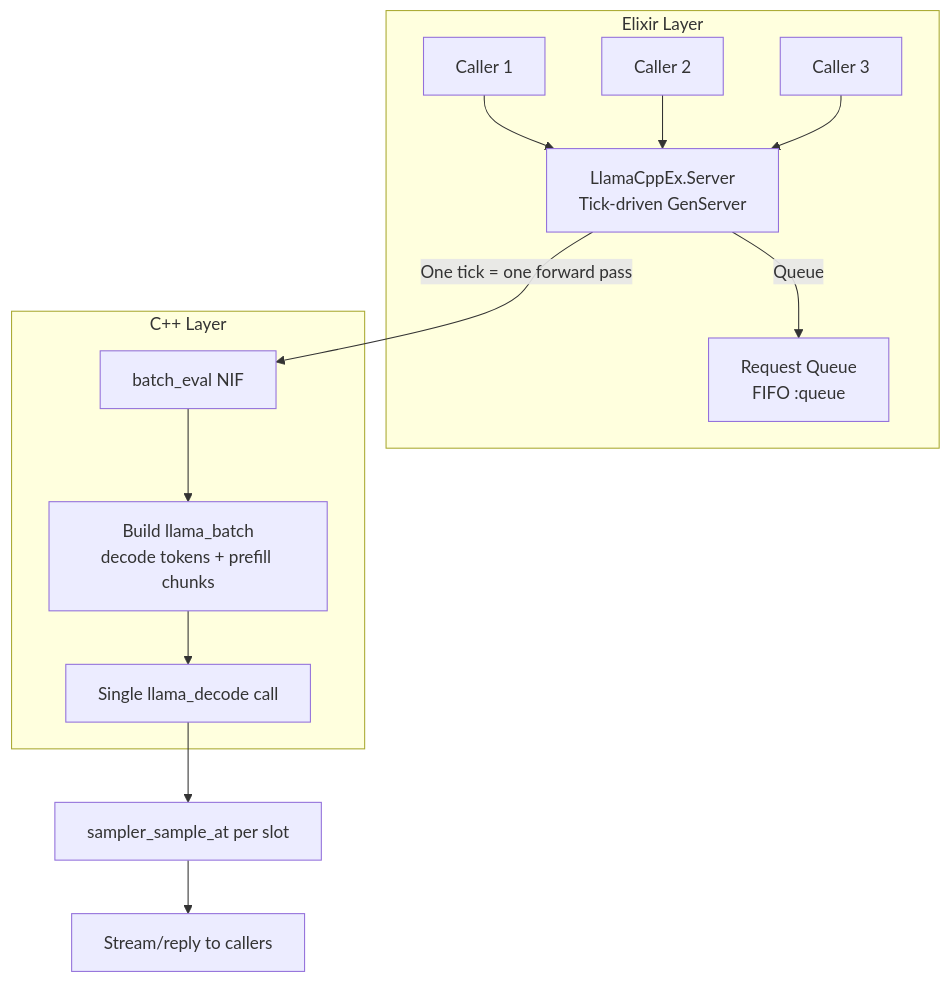
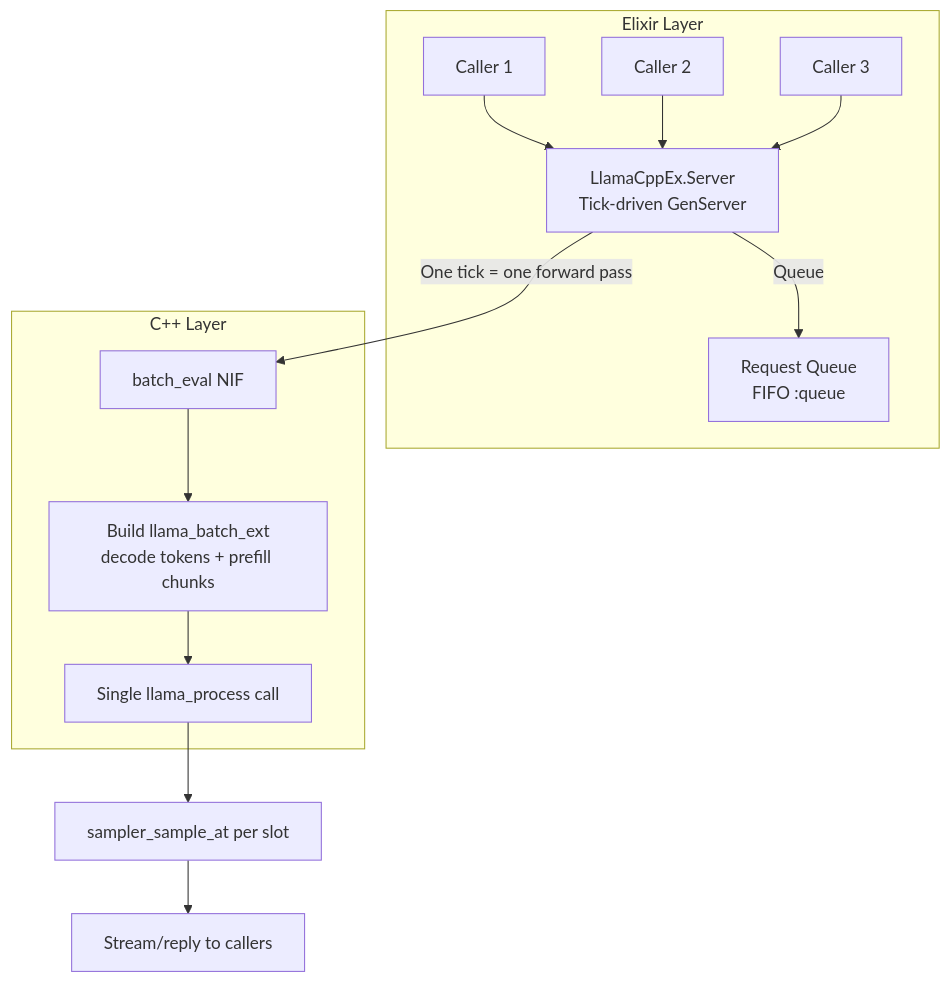
Before and after one commit to nyo16/llama_cpp_ex: the seventh of 8 diagrams in docs/architecture.md, drawn with Mermaid. The commit also changed other lines of this file and 10 other files, not shown here.

````diff
--- a/docs/architecture.md
+++ b/docs/architecture.md
@@ -251,19 +251,19 @@
 ```mermaid
 graph TD
     subgraph "Elixir Layer"
         A[Caller 1] --> D[LlamaCppEx.Server<br/>Tick-driven GenServer]
         B[Caller 2] --> D
         C[Caller 3] --> D
         D -->|Queue| Q[Request Queue<br/>FIFO :queue]
     end
 
     D -->|"One tick = one forward pass"| E[batch_eval NIF]
 
     subgraph "C++ Layer"
-        E --> F[Build llama_batch<br/>decode tokens + prefill chunks]
-        F --> G[Single llama_decode call]
+        E --> F[Build llama_batch_ext<br/>decode tokens + prefill chunks]
+        F --> G[Single llama_process call]
     end
 
     G --> H[sampler_sample_at per slot]
     H --> I[Stream/reply to callers]
 ```
````
